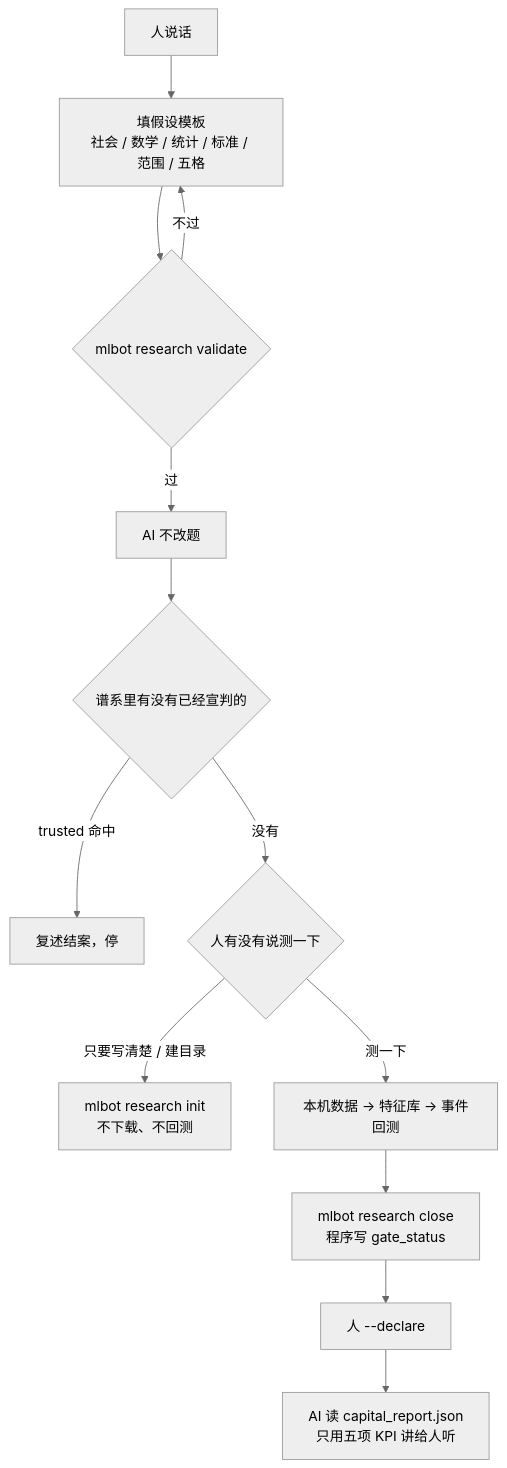
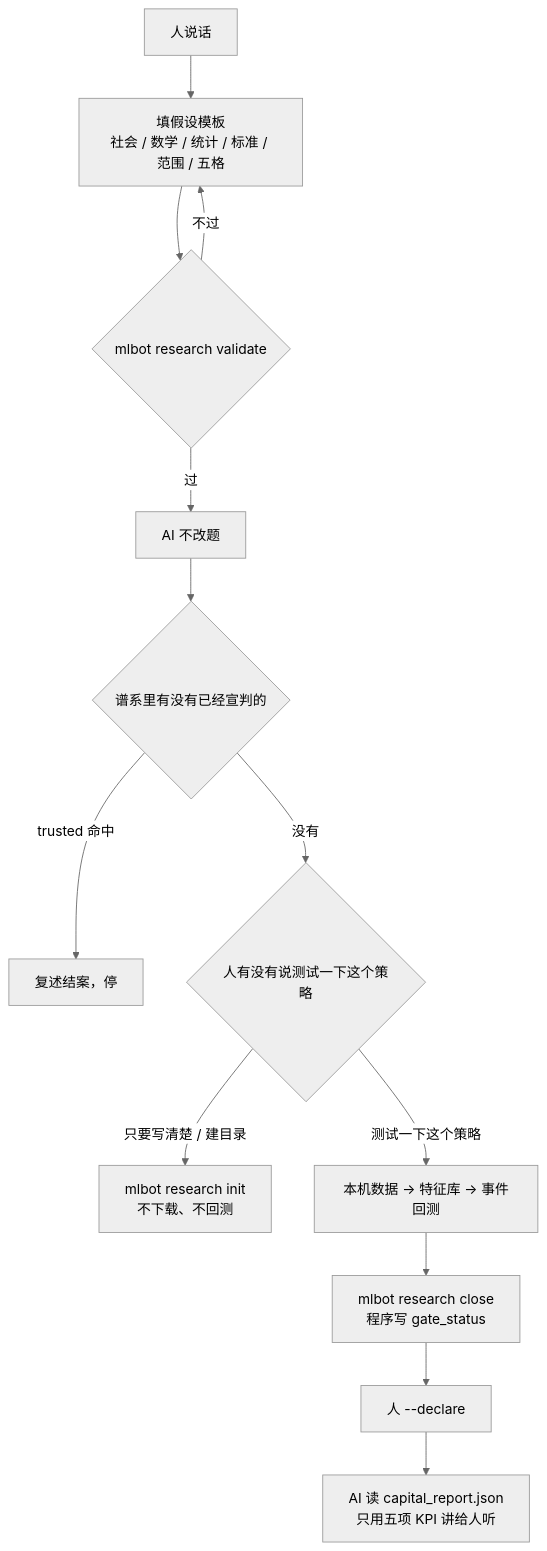
One commit to TradeEdgeX/interpretable-ml-trading changed the first of 3 diagrams in docs/ARCHITECTURE.md. Above: the diagram before and after it, drawn with Mermaid (neutral theme). The commit also changed other lines of this file and 48 other files, not shown here.

````diff
--- a/docs/ARCHITECTURE.md
+++ b/docs/ARCHITECTURE.md
@@ -24,15 +24,15 @@
 ```mermaid
 flowchart TD
   H[人说话] --> T[填假设模板<br/>社会 / 数学 / 统计 / 标准 / 范围 / 五格]
   T --> V{mlbot research validate}
   V -->|不过| T
   V -->|过| A[AI 不改题]
   A --> I{谱系里有没有已经宣判的}
   I -->|trusted 命中| STOP[复述结案，停]
-  I -->|没有| ASK{人有没有说测一下}
+  I -->|没有| ASK{人有没有说测试一下这个策略}
   ASK -->|只要写清楚 / 建目录| INIT["mlbot research init<br/>不下载、不回测"]
-  ASK -->|测一下| MEAS[本机数据 → 特征库 → 事件回测]
+  ASK -->|测试一下这个策略| MEAS[本机数据 → 特征库 → 事件回测]
   MEAS --> CLOSE["mlbot research close<br/>程序写 gate_status"]
   CLOSE --> HUM[人 --declare]
   HUM --> REP[AI 读 capital_report.json<br/>只用五项 KPI 讲给人听]
 ```
````
